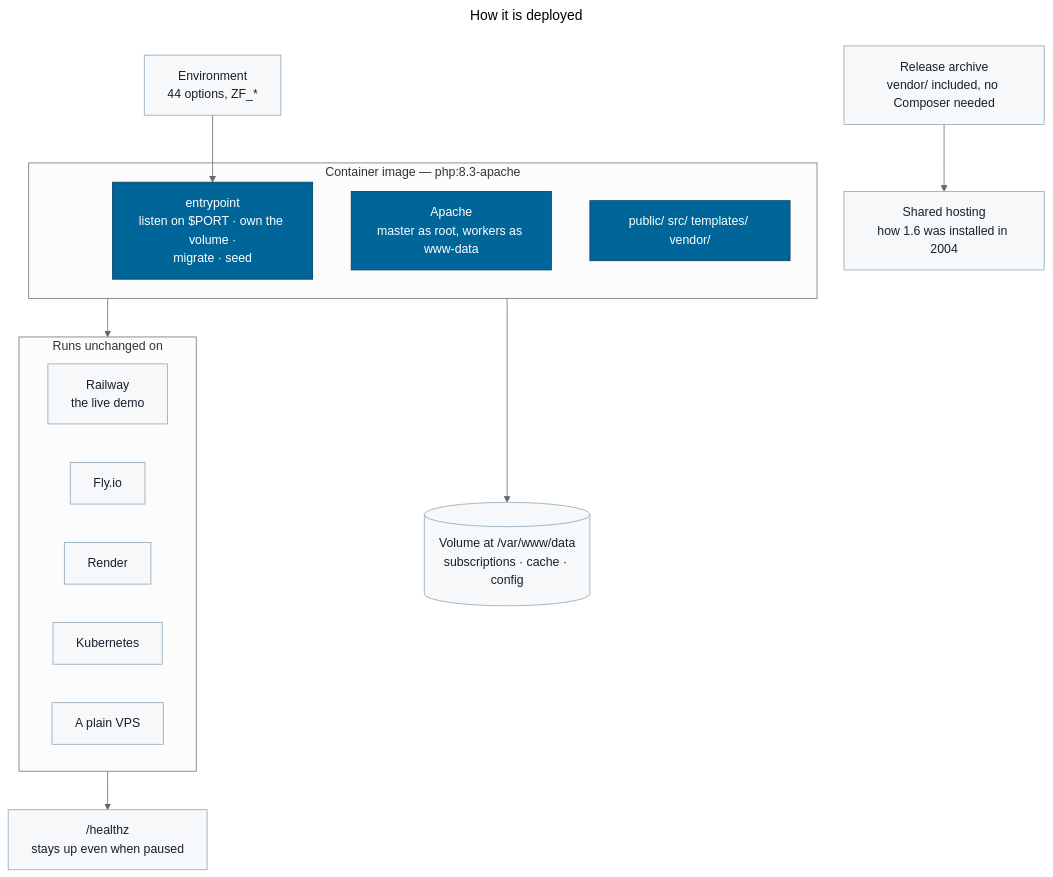
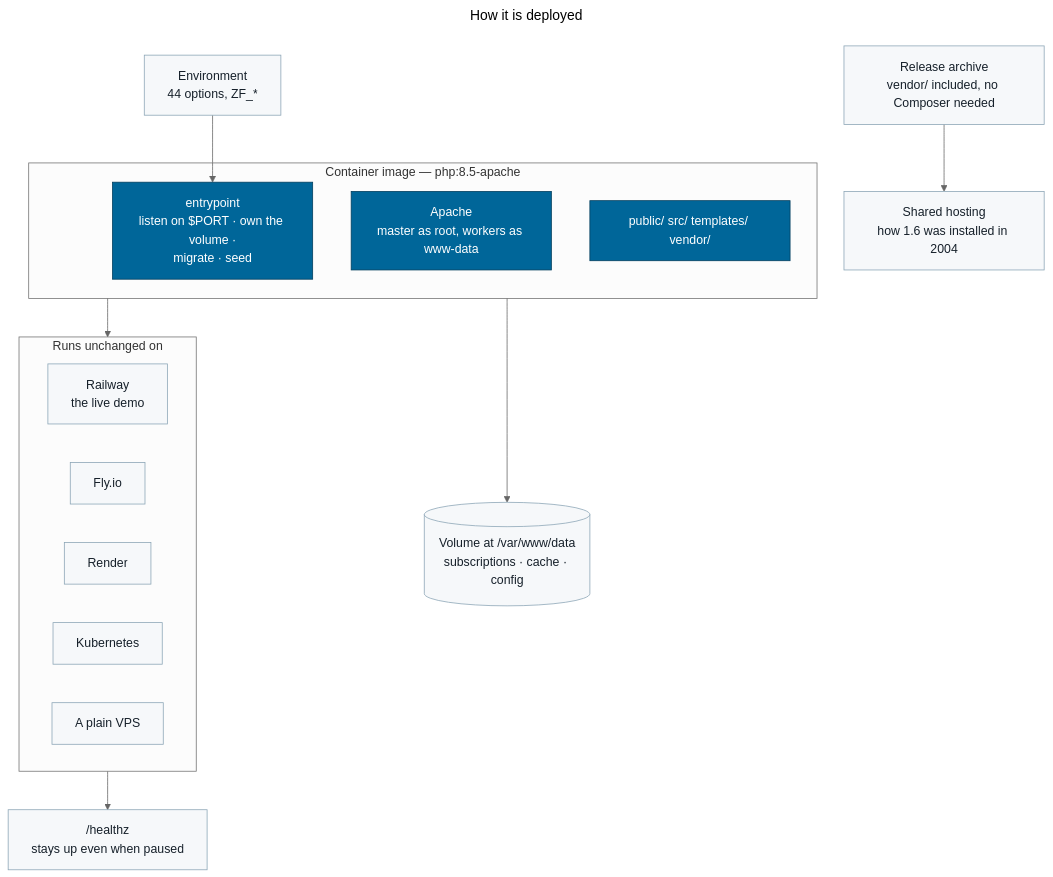
Before and after one commit to andreibesleaga/zfeeder: the diagram in docs/diagrams/08-deployment.mmd, drawn with Mermaid (neutral theme). The commit also changed 3 other files, not shown here.

Commit message:
ci: test PHP 8.5; correct image version in diagram 8 and Dockerfile comment

```diff
--- a/docs/diagrams/08-deployment.mmd
+++ b/docs/diagrams/08-deployment.mmd
@@ -1,36 +1,36 @@
 ---
 title: "How it is deployed"
 ---
 flowchart TB
-    subgraph img["Container image — php:8.3-apache"]
+    subgraph img["Container image — php:8.5-apache"]
         ep["entrypoint<br/>listen on $PORT · own the volume ·<br/>migrate · seed"]
         ap["Apache<br/>master as root, workers as www-data"]
         code["public/ src/ templates/ vendor/"]
     end
 
     vol[("Volume at /var/www/data<br/>subscriptions · cache · config")]
     env["Environment<br/>44 options, ZF_*"]
     hc["/healthz<br/>stays up even when paused"]
 
     subgraph targets["Runs unchanged on"]
         direction LR
         rw["Railway<br/>the live demo"]
         fly["Fly.io"]
         rn["Render"]
         k8["Kubernetes"]
         vps["A plain VPS"]
     end
 
     zip["Release archive<br/>vendor/ included, no Composer needed"]
     shared["Shared hosting<br/>how 1.6 was installed in 2004"]
 
     img --> vol
     env --> ep
     img --> targets
     targets --> hc
     zip --> shared
 
     classDef c fill:#006699,stroke:#003d5c,color:#fff
     classDef s fill:#f6f8fa,stroke:#8aa4b5,color:#16202a
     class ep,ap,code c
     class vol,env,hc,rw,fly,rn,k8,vps,zip,shared s
```
